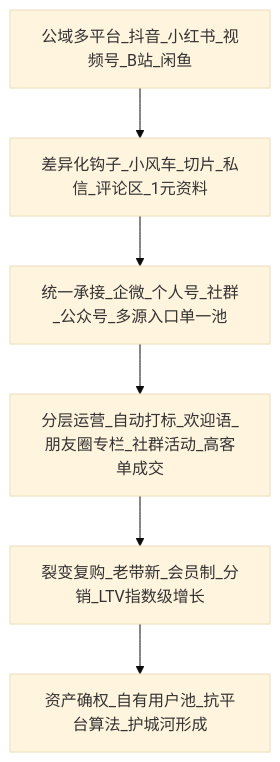
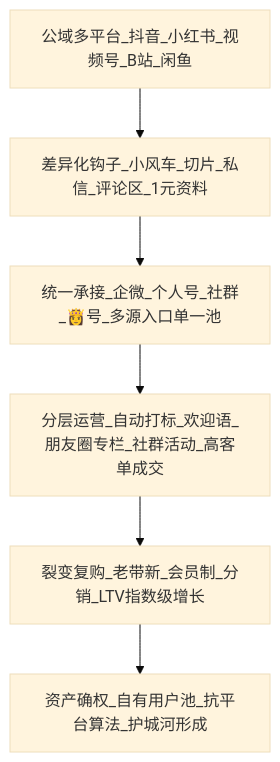
The eighth of 8 diagrams in docs/202303_paper2textbook/asset/body_fix_ad5d0dd3e243ce5e005a87a5ecb27a67_8e57ba2c8c214e7103f4ff7bc0504ff4_860150bf2f855738f7ce593d15cf7bd2_60197b54c9bd2193ac27807b782b93ce.md (OpenDocCN1/flygon-zhuanqian-zhoubao), drawn with Mermaid (base theme) before and after one commit. The commit also changed other lines of this file and 6688 other files, not shown here.

````diff
--- a/docs/202303_paper2textbook/asset/body_fix_ad5d0dd3e243ce5e005a87a5ecb27a67_8e57ba2c8c214e7103f4ff7bc0504ff4_860150bf2f855738f7ce593d15cf7bd2_60197b54c9bd2193ac27807b782b93ce.md
+++ b/docs/202303_paper2textbook/asset/body_fix_ad5d0dd3e243ce5e005a87a5ecb27a67_8e57ba2c8c214e7103f4ff7bc0504ff4_860150bf2f855738f7ce593d15cf7bd2_60197b54c9bd2193ac27807b782b93ce.md
@@ -675,8 +675,8 @@
 ```mermaid
 graph TD
     A[公域多平台_抖音_小红书_视频号_B站_闲鱼] --> B[差异化钩子_小风车_切片_私信_评论区_1元资料]
-    B --> C[统一承接_企微_个人号_社群_公众号_多源入口单一池]
+    B --> C[统一承接_企微_个人号_社群_👸号_多源入口单一池]
     C --> D[分层运营_自动打标_欢迎语_朋友圈专栏_社群活动_高客单成交]
     D --> E[裂变复购_老带新_会员制_分销_LTV指数级增长]
     E --> F[资产确权_自有用户池_抗平台算法_护城河形成]
 ```
````
